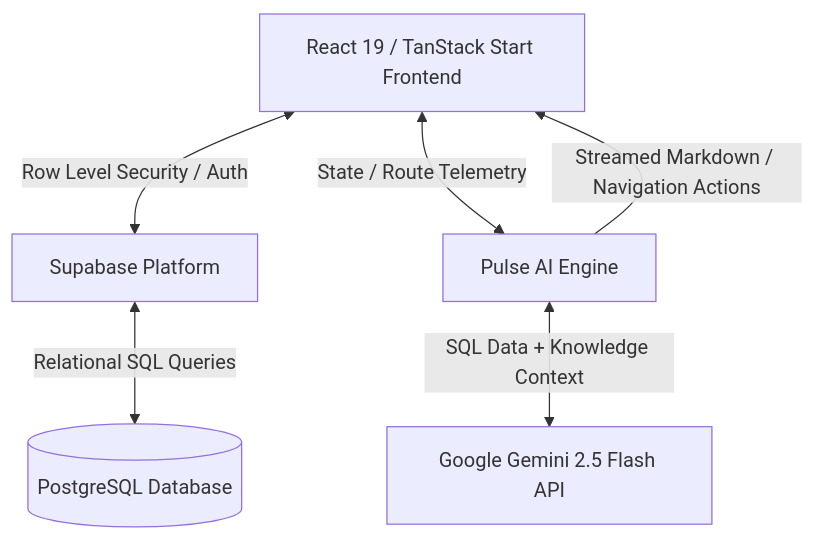
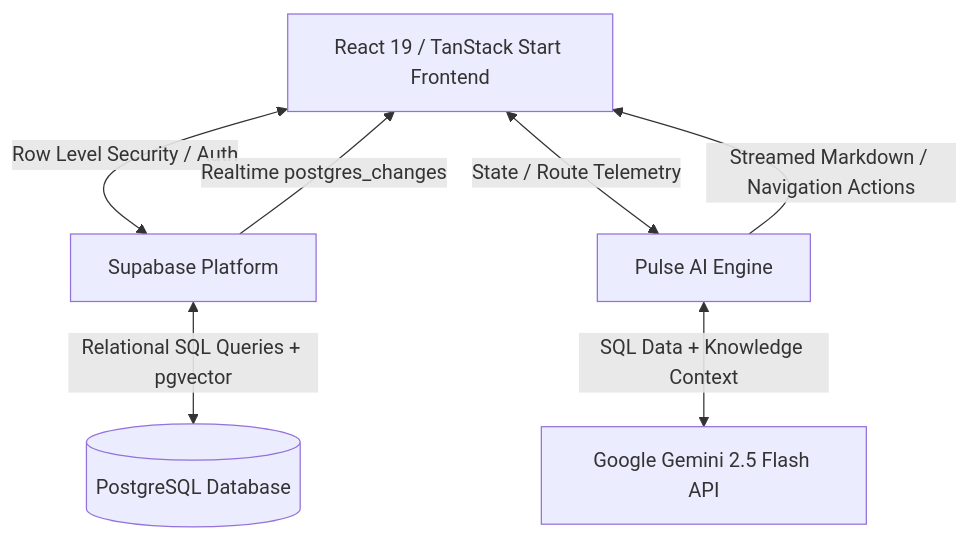
The first of 2 diagrams in README.md (piyush2180/campus-exchange), drawn with Mermaid before and after one commit. The commit also changed other lines of this file and 19 other files, not shown here.

Commit message:
Add realtime sync, pgvector retrieval, asset movement logs and notifications

````diff
--- a/README.md
+++ b/README.md
@@ -77,14 +83,15 @@
 ```mermaid
 graph TD
     Client[React 19 / TanStack Start Frontend]
     Supabase[Supabase Platform]
     DB[(PostgreSQL Database)]
     Gemini[Google Gemini 2.5 Flash API]
     PulseAI[Pulse AI Engine]
 
     Client <-->|Row Level Security / Auth| Supabase
-    Supabase <-->|Relational SQL Queries| DB
+    Supabase -->|Realtime postgres_changes| Client
+    Supabase <-->|Relational SQL Queries + pgvector| DB
     Client <-->|State / Route Telemetry| PulseAI
     PulseAI <-->|SQL Data + Knowledge Context| Gemini
     PulseAI -->|Streamed Markdown / Navigation Actions| Client
 ```
````
